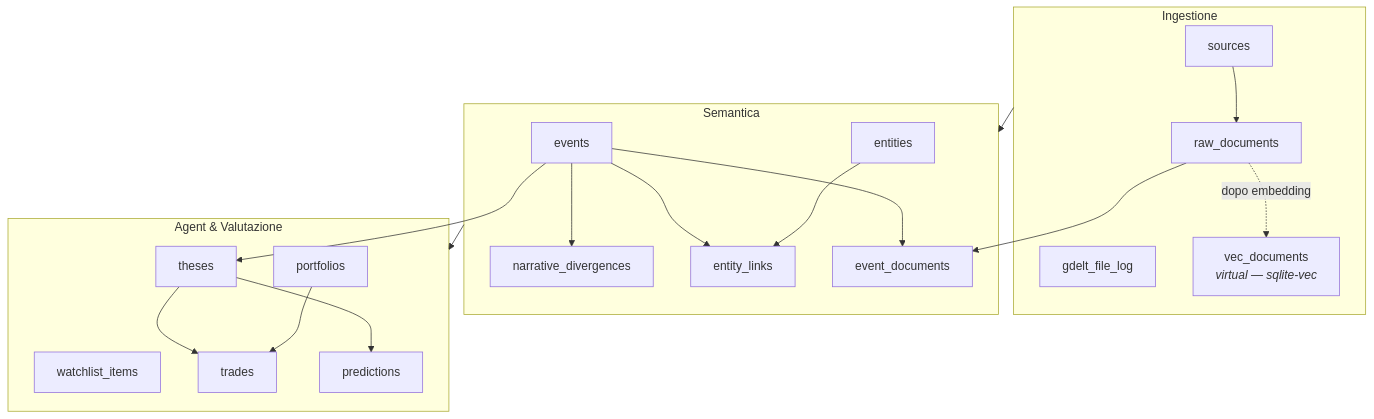
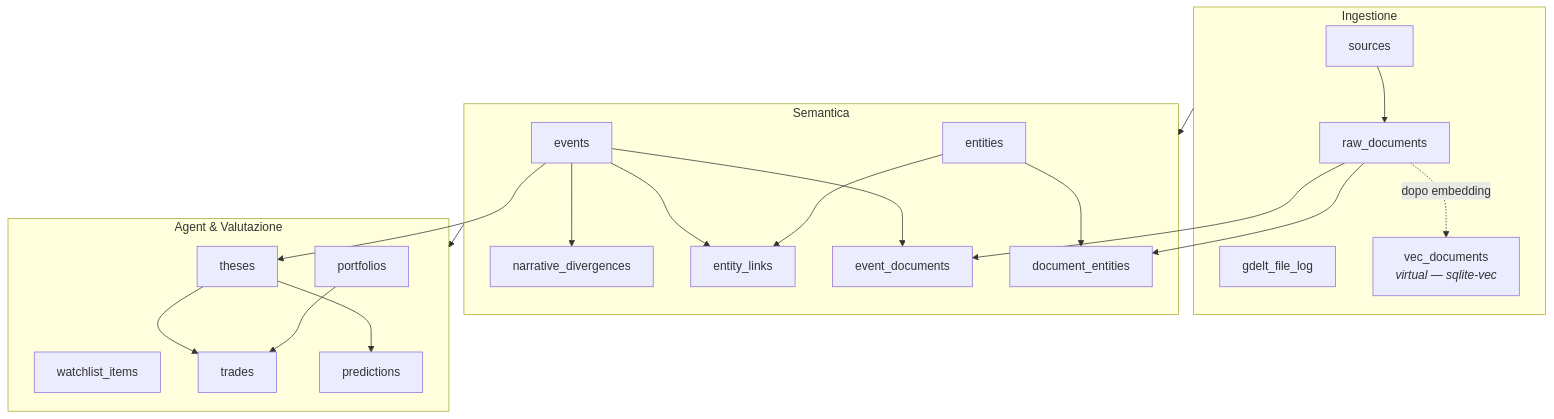
Before and after one commit to dom3095/pathosphere: the second of 2 diagrams in docs/schema.md, drawn with Mermaid. The commit also changed other lines of this file and 1 other file, not shown here.

First line of the commit message:
feat(schema): add fire_metrics table, ner_done flag, idempotent migrations

````diff
--- a/docs/schema.md
+++ b/docs/schema.md
@@ -223,39 +253,42 @@
 ```mermaid
 graph TD
     subgraph INGEST["Ingestione"]
         S[sources]
         RD[raw_documents]
         GFL[gdelt_file_log]
         VD[vec_documents<br/><i>virtual — sqlite-vec</i>]
         S --> RD
         RD -.->|dopo embedding| VD
     end
 
     subgraph SEMANTIC["Semantica"]
         E[events]
         ND[narrative_divergences]
         EN[entities]
         EL[entity_links]
         ED[event_documents]
+        DE[document_entities]
         RD --> ED
         E --> ED
         E --> ND
         E --> EL
         EN --> EL
+        RD --> DE
+        EN --> DE
     end
 
     subgraph AGENT["Agent & Valutazione"]
         TH[theses]
         WL[watchlist_items]
         PO[portfolios]
         TR[trades]
         PR[predictions]
         E --> TH
         TH --> TR
         TH --> PR
         PO --> TR
     end
 
     INGEST --> SEMANTIC
     SEMANTIC --> AGENT
 ```
````
